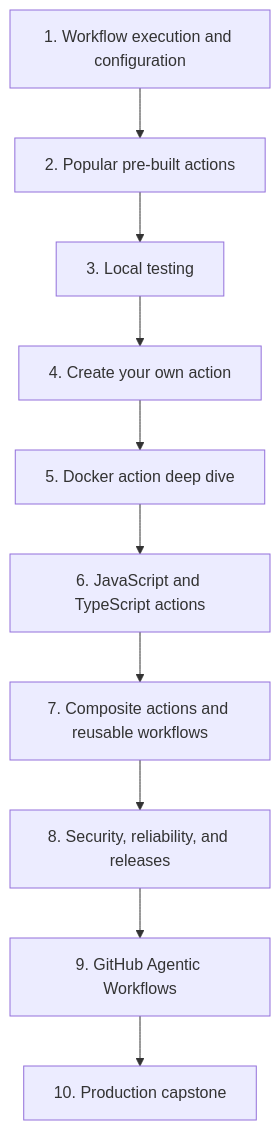
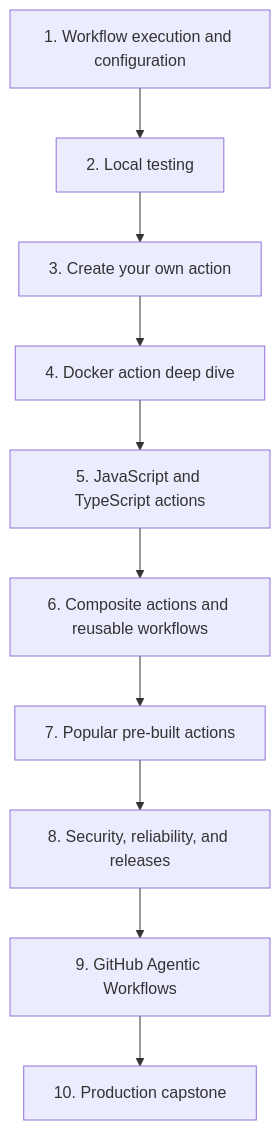
One commit to Rohit1024/actions-learn changed the diagram in docs/lessons/index.md. Above: the diagram before and after it, drawn with Mermaid. The commit also changed other lines of this file and 228 other files, not shown here.

````diff
--- a/docs/lessons/index.md
+++ b/docs/lessons/index.md
@@ -19,12 +21,12 @@
 ```mermaid
 flowchart TD
-    Workflow["1. Workflow execution and configuration"] --> Reuse["2. Popular pre-built actions"]
-    Reuse --> Local["3. Local testing"]
-    Local --> Own["4. Create your own action"]
-    Own --> Docker["5. Docker action deep dive"]
-    Docker --> Node["6. JavaScript and TypeScript actions"]
-    Node --> Compose["7. Composite actions and reusable workflows"]
-    Compose --> Security["8. Security, reliability, and releases"]
+    Workflow["1. Workflow execution and configuration"] --> Local["2. Local testing"]
+    Local --> Own["3. Create your own action"]
+    Own --> Docker["4. Docker action deep dive"]
+    Docker --> Node["5. JavaScript and TypeScript actions"]
+    Node --> Compose["6. Composite actions and reusable workflows"]
+    Compose --> Reuse["7. Popular pre-built actions"]
+    Reuse --> Security["8. Security, reliability, and releases"]
     Security --> Agentic["9. GitHub Agentic Workflows"]
     Agentic --> Capstone["10. Production capstone"]
 ```
````
